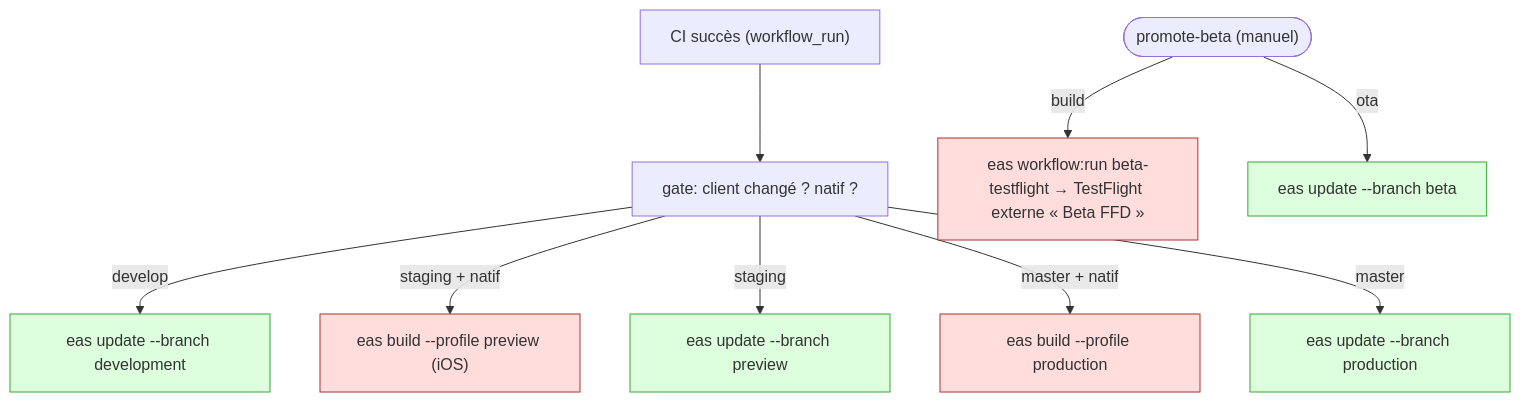
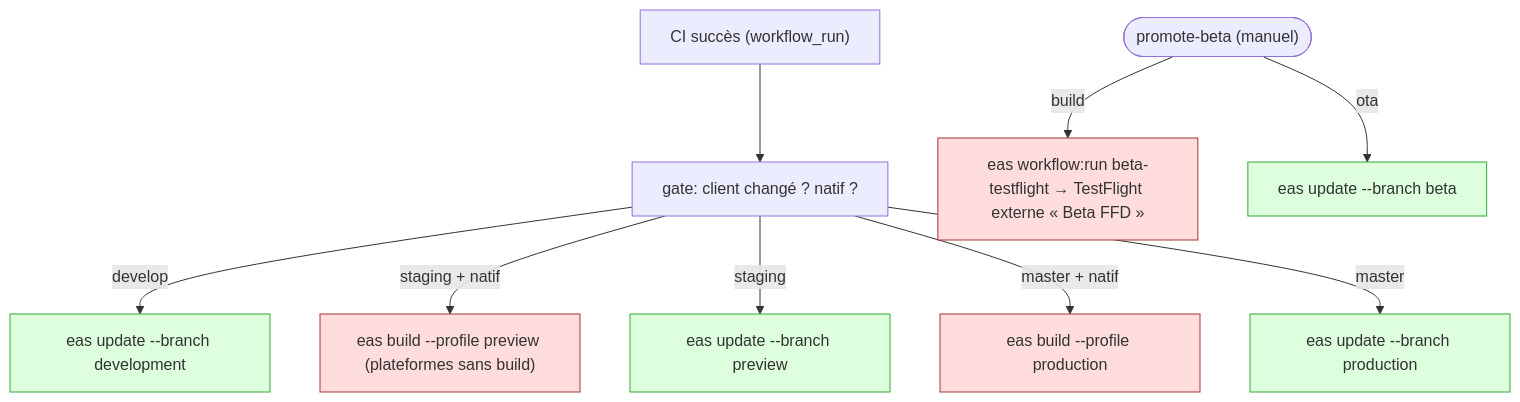
The fourth of 5 diagrams in docs/exploitation/ci-cd.md (SIMOND-ANCE-BROS/FFD-Connect), drawn with Mermaid before and after one commit. The commit also changed other lines of this file and 1 other file, not shown here.

First line of the commit message:
fix(ci): check the EAS fingerprint per platform before skipping a native build

````diff
--- a/docs/exploitation/ci-cd.md
+++ b/docs/exploitation/ci-cd.md
@@ -222,16 +222,16 @@
 ```mermaid
 flowchart TD
     ci["CI succès (workflow_run)"] --> g["gate: client changé ? natif ?"]
     g -->|develop| d1["eas update --branch development"]
-    g -->|staging + natif| s1["eas build --profile preview (iOS)"]
+    g -->|staging + natif| s1["eas build --profile preview (plateformes sans build)"]
     g -->|staging| s2["eas update --branch preview"]
     g -->|master + natif| m1["eas build --profile production"]
     g -->|master| m2["eas update --branch production"]
     manual(["promote-beta (manuel)"]) -->|build| b1["eas workflow:run beta-testflight → TestFlight externe « Beta FFD »"]
     manual -->|ota| b2["eas update --branch beta"]
 
     classDef ota fill:#dfd,stroke:#3a3;
     classDef native fill:#fdd,stroke:#a33;
     class d1,s2,m2,b2 ota;
     class s1,m1,b1 native;
 ```
````
